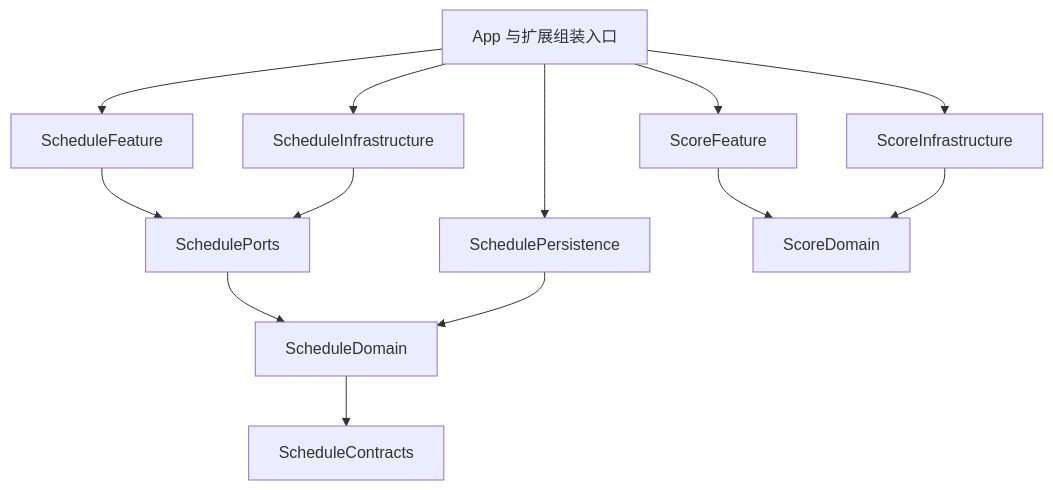
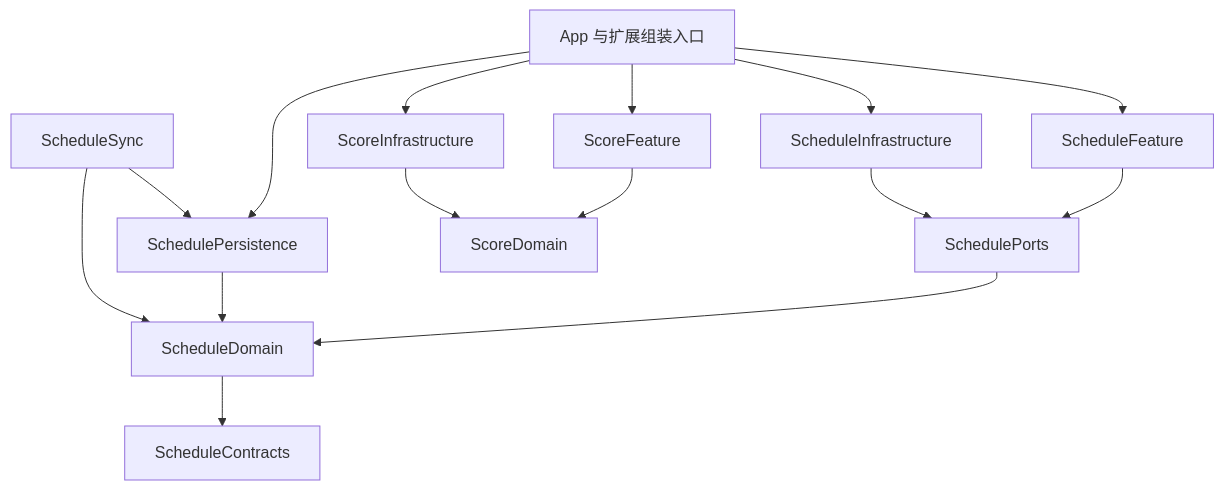
One commit to BIT101-dev/BIT101-iOS changed the diagram in docs/ARCHITECTURE.md. Above: the diagram before and after it, drawn with Mermaid. The commit also changed other lines of this file and 76 other files, not shown here.

````diff
--- a/docs/ARCHITECTURE.md
+++ b/docs/ARCHITECTURE.md
@@ -30,15 +30,17 @@
 ```mermaid
 flowchart TD
     App[App 与扩展组装入口] --> ScheduleFeature
     App --> ScheduleInfrastructure
     App --> SchedulePersistence
     App --> ScoreFeature
     App --> ScoreInfrastructure
     ScheduleFeature --> SchedulePorts
     ScheduleInfrastructure --> SchedulePorts
     SchedulePorts --> ScheduleDomain
     SchedulePersistence --> ScheduleDomain
     ScheduleDomain --> ScheduleContracts
+    ScheduleSync --> ScheduleDomain
+    ScheduleSync --> SchedulePersistence
     ScoreFeature --> ScoreDomain
     ScoreInfrastructure --> ScoreDomain
 ```
````
